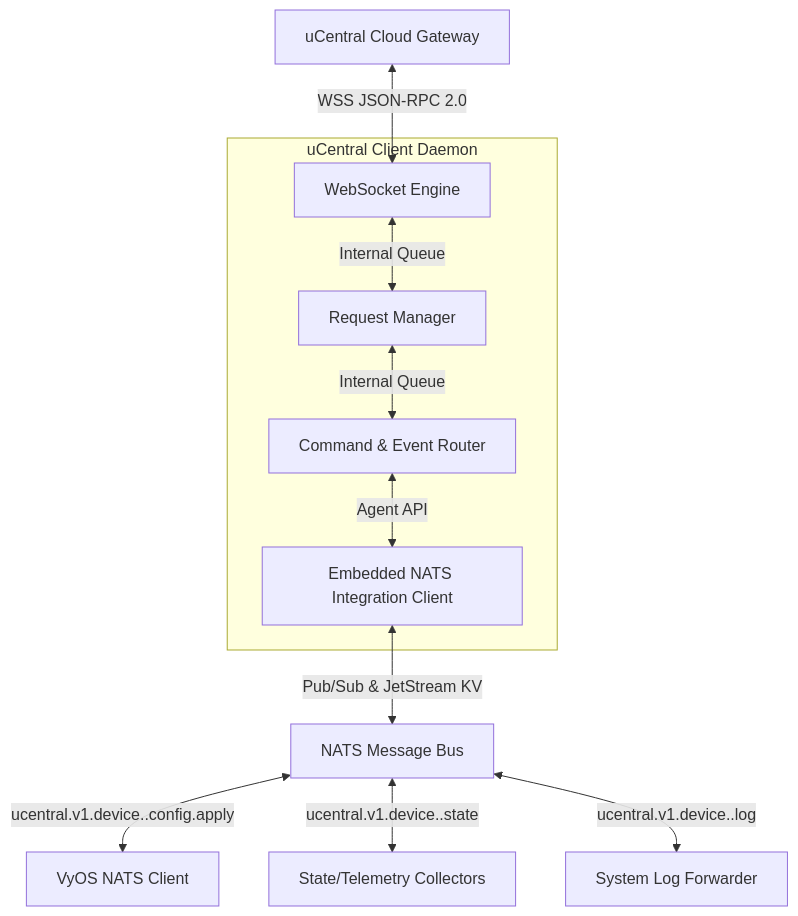
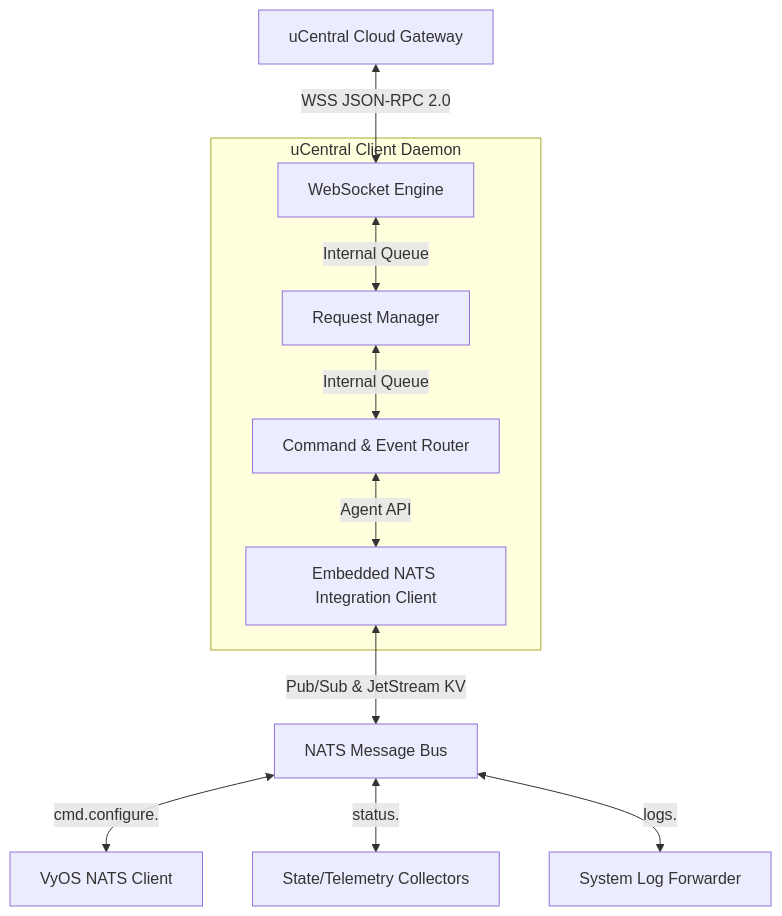
Before and after one commit to routerarchitects/TIP-olg-ucentral-client: the first of 5 diagrams in HIGH_LEVEL_DESIGN.md, drawn with Mermaid. The commit also changed other lines of this file and 3 other files, not shown here.

Commit message:
feature : implement nats client

````diff
--- a/HIGH_LEVEL_DESIGN.md
+++ b/HIGH_LEVEL_DESIGN.md
@@ -13,19 +13,19 @@
 ```mermaid
 graph TD
     %% Cloud Management
     Cloud[uCentral Cloud Gateway] <-->|WSS JSON-RPC 2.0| WS_Eng[WebSocket Engine]
 
     subgraph uCentral_Client_Daemon [uCentral Client Daemon]
         WS_Eng <-->|Internal Queue| Req_Mgr[Request Manager]
         Req_Mgr <-->|Internal Queue| Router[Command & Event Router]
         Router <-->|Agent API| NATS_Client[Embedded NATS Integration Client]
     end
 
     %% Local Bus
     NATS_Client <-->|Pub/Sub & JetStream KV| NATS_Bus[NATS Message Bus]
 
     %% Other Client Microservices
-    NATS_Bus <-->|"ucentral.v1.device.<own-serial>.config.apply"| VyOS_Client[VyOS NATS Client]
-    NATS_Bus <-->|"ucentral.v1.device.<own-serial>.state"| Telemetry_Service[State/Telemetry Collectors]
-    NATS_Bus <-->|"ucentral.v1.device.<own-serial>.log"| Logging_Service[System Log Forwarder]
+    NATS_Bus <-->|"cmd.configure.<own-serial>"| VyOS_Client[VyOS NATS Client]
+    NATS_Bus <-->|"status.<own-serial>"| Telemetry_Service[State/Telemetry Collectors]
+    NATS_Bus <-->|"logs.<own-serial>"| Logging_Service[System Log Forwarder]
 ```
````
